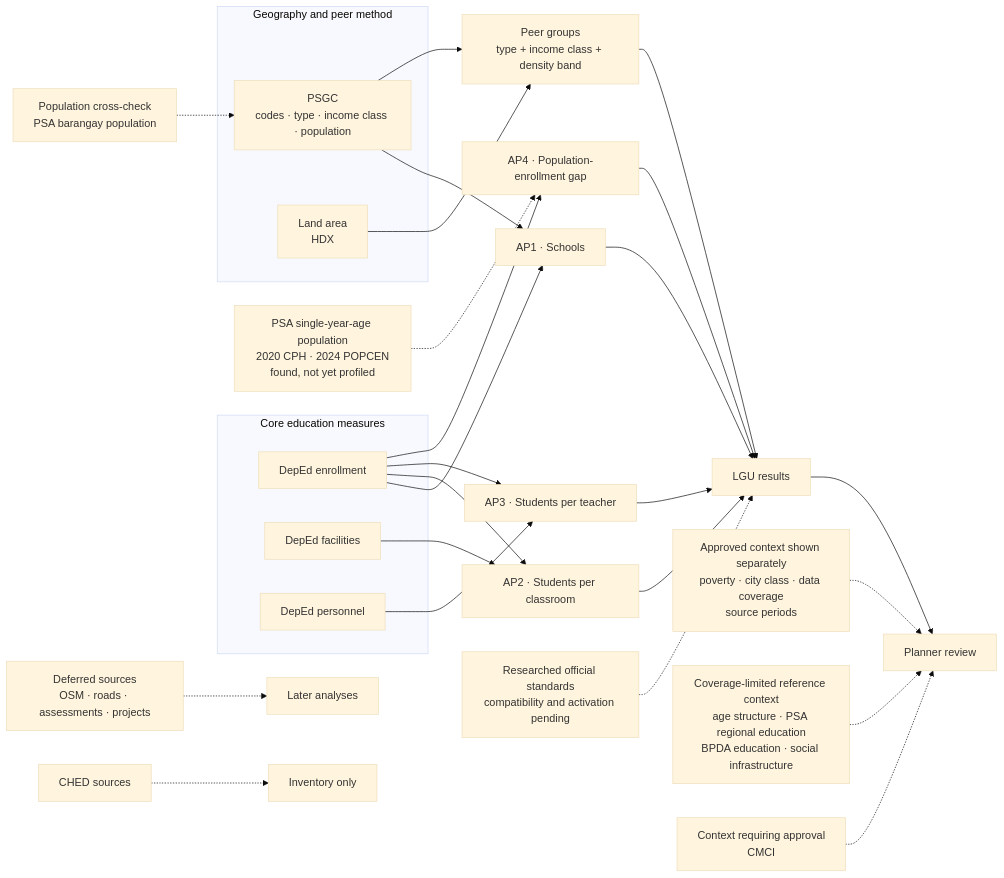
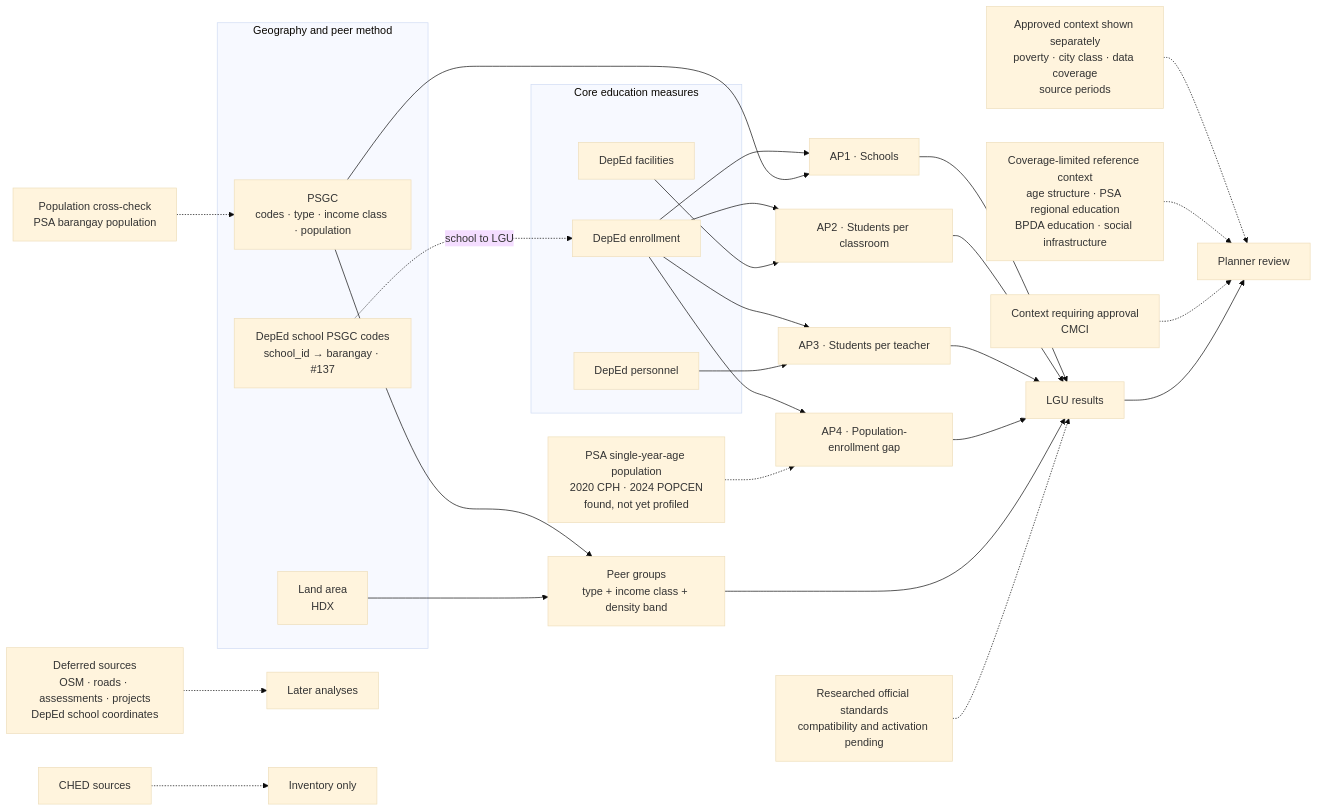
The diagram in docs/business/dataset-use-map.md (reached-hq/edu-access-intelligence), drawn with Mermaid (base theme) before and after one commit. The commit also changed other lines of this file and 1 other file, not shown here.

Commit message:
Add deped_enrollment_psgc to the dataset use map

````diff
--- a/docs/business/dataset-use-map.md
+++ b/docs/business/dataset-use-map.md
@@ -19,39 +19,41 @@
 ```mermaid
 flowchart LR
     subgraph CORE["Core education measures"]
         ENR["DepEd enrollment"]
         FAC["DepEd facilities"]
         PER["DepEd personnel"]
     end
 
     subgraph METHOD["Geography and peer method"]
     PSGC["PSGC<br/>codes · type · income class · population"]
     AREA["Land area<br/>HDX"]
+    XWALK["DepEd school PSGC codes<br/>school_id → barangay · #137"]
     end
 
+    XWALK -.->|"school to LGU"| ENR
     ENR --> AP1["AP1 · Schools"]
     PSGC --> AP1
     ENR --> AP2["AP2 · Students per classroom"]
     FAC --> AP2
     ENR --> AP3["AP3 · Students per teacher"]
     PER --> AP3
     ENR --> AP4["AP4 · Population-enrollment gap"]
     AGE["PSA single-year-age population<br/>2020 CPH · 2024 POPCEN<br/>found, not yet profiled"] -.-> AP4
 
     PSGC --> PEERS["Peer groups<br/>type + income class + density band"]
     AREA --> PEERS
     AP1 --> RESULT["LGU results"]
     AP2 --> RESULT
     AP3 --> RESULT
     AP4 --> RESULT
     PEERS --> RESULT
     STANDARD["Researched official standards<br/>compatibility and activation pending"] -.-> RESULT
 
     CONTEXT["Approved context shown separately<br/>poverty · city class · data coverage<br/>source periods"] -.-> DASH["Planner review"]
     LIMITED["Coverage-limited reference context<br/>age structure · PSA regional education<br/>BPDA education · social infrastructure"] -.-> DASH
     CANDIDATE["Context requiring approval<br/>CMCI"] -.-> DASH
     POPCHECK["Population cross-check<br/>PSA barangay population"] -.-> PSGC
     RESULT --> DASH
-    DEFER["Deferred sources<br/>OSM · roads · assessments · projects"] -.-> LATER["Later analyses"]
+    DEFER["Deferred sources<br/>OSM · roads · assessments · projects<br/>DepEd school coordinates"] -.-> LATER["Later analyses"]
     EXCLUDED["CHED sources"] -.-> RECORD["Inventory only"]
 ```
````
